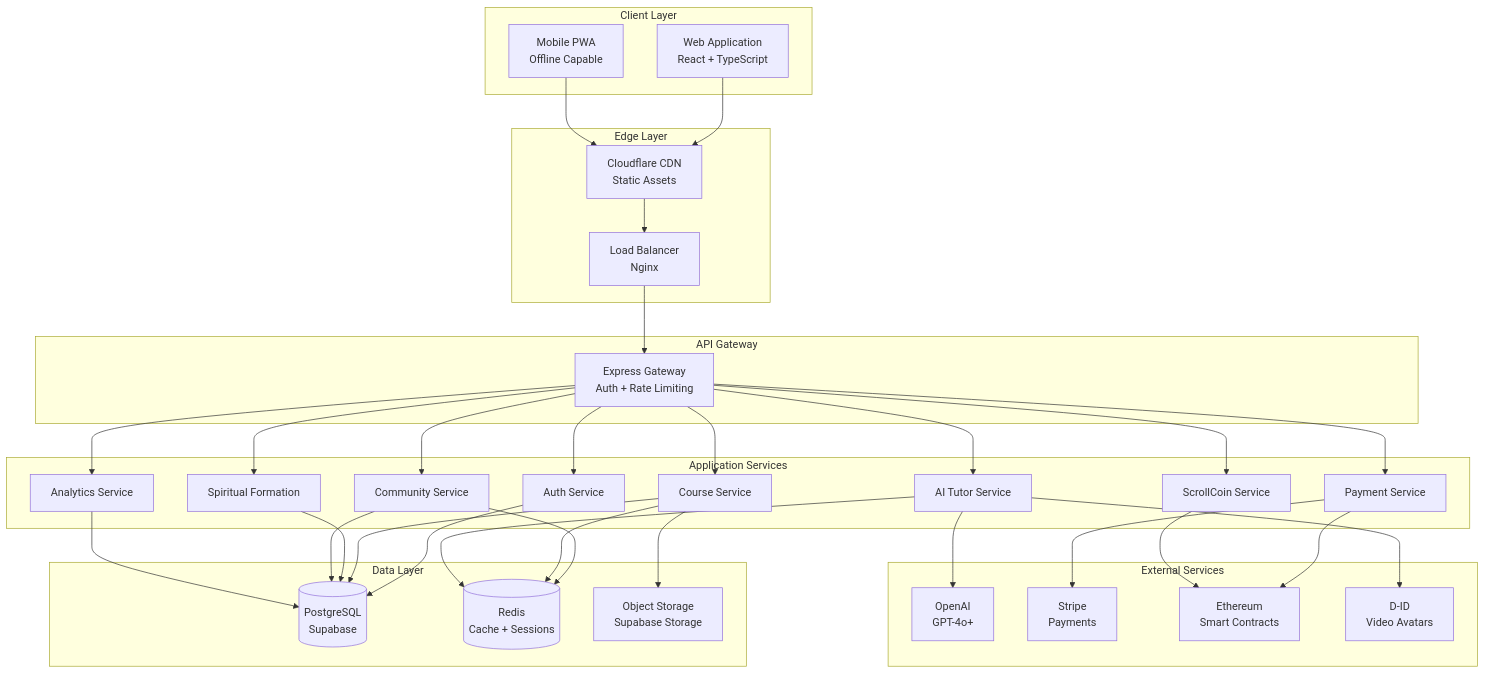
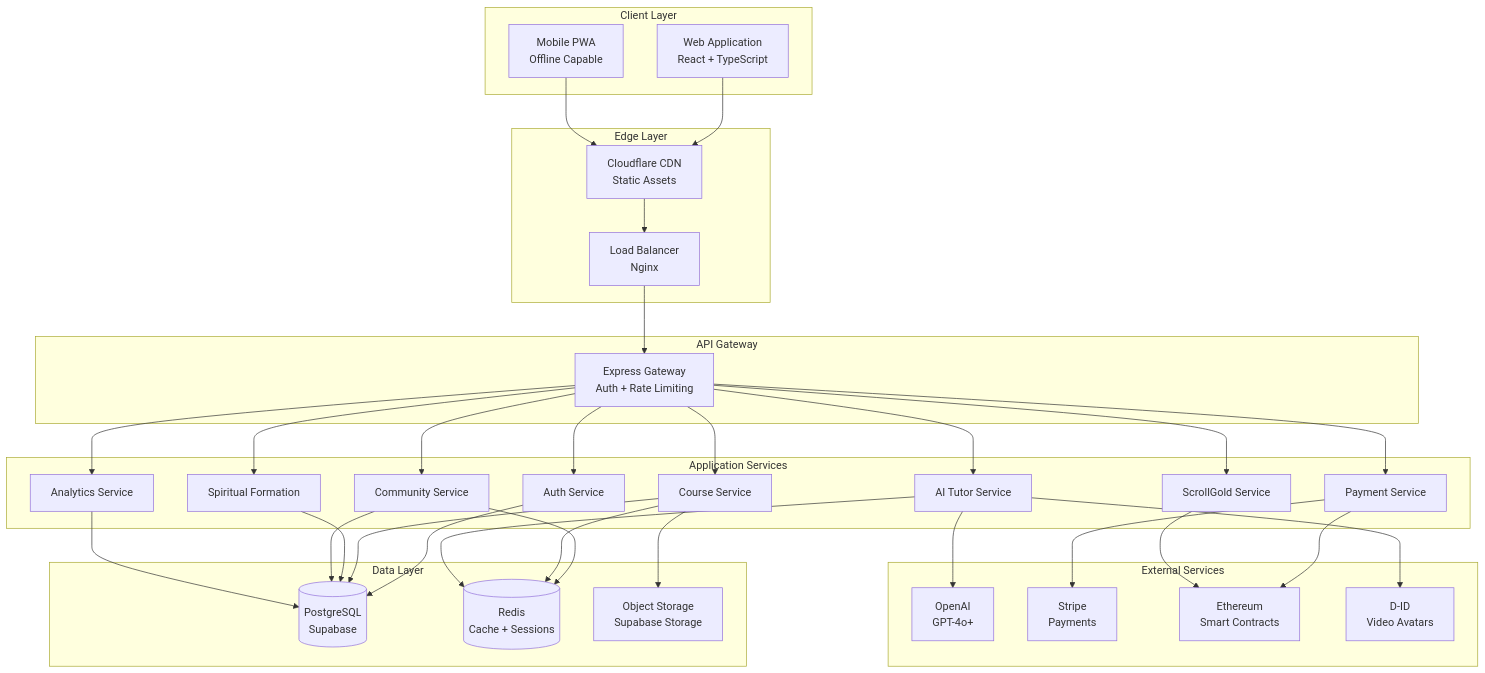
The first of 8 diagrams in docs/ARCHITECTURE.md (stanleymay20/zion-scroll-forge), drawn with Mermaid before and after one commit. The commit also changed other lines of this file and 1853 other files, not shown here.

````diff
--- a/docs/ARCHITECTURE.md
+++ b/docs/ARCHITECTURE.md
@@ -37,70 +37,70 @@
 ```mermaid
 graph TB
     subgraph "Client Layer"
         WEB[Web Application<br/>React + TypeScript]
         MOBILE[Mobile PWA<br/>Offline Capable]
     end
     
     subgraph "Edge Layer"
         CDN[Cloudflare CDN<br/>Static Assets]
         LB[Load Balancer<br/>Nginx]
     end
     
     subgraph "API Gateway"
         GATEWAY[Express Gateway<br/>Auth + Rate Limiting]
     end
     
     subgraph "Application Services"
         AUTH[Auth Service]
         COURSE[Course Service]
         AI[AI Tutor Service]
         PAYMENT[Payment Service]
         SPIRITUAL[Spiritual Formation]
         COMMUNITY[Community Service]
         ANALYTICS[Analytics Service]
-        SCROLLCOIN[ScrollCoin Service]
+        ScrollGold[ScrollGold Service]
     end
     
     subgraph "Data Layer"
         POSTGRES[(PostgreSQL<br/>Supabase)]
         REDIS[(Redis<br/>Cache + Sessions)]
         STORAGE[Object Storage<br/>Supabase Storage]
     end
     
     subgraph "External Services"
         OPENAI[OpenAI<br/>GPT-4o+]
         STRIPE[Stripe<br/>Payments]
         BLOCKCHAIN[Ethereum<br/>Smart Contracts]
         VIDEO[D-ID<br/>Video Avatars]
     end
     
     WEB --> CDN
     MOBILE --> CDN
     CDN --> LB
     LB --> GATEWAY
     
     GATEWAY --> AUTH
     GATEWAY --> COURSE
     GATEWAY --> AI
     GATEWAY --> PAYMENT
     GATEWAY --> SPIRITUAL
     GATEWAY --> COMMUNITY
     GATEWAY --> ANALYTICS
-    GATEWAY --> SCROLLCOIN
+    GATEWAY --> ScrollGold
     
     AUTH --> POSTGRES
     COURSE --> POSTGRES
     COURSE --> STORAGE
     AI --> OPENAI
     AI --> VIDEO
     PAYMENT --> STRIPE
     PAYMENT --> BLOCKCHAIN
     SPIRITUAL --> POSTGRES
     COMMUNITY --> POSTGRES
     COMMUNITY --> REDIS
     ANALYTICS --> POSTGRES
-    SCROLLCOIN --> BLOCKCHAIN
+    ScrollGold --> BLOCKCHAIN
     
     COURSE --> REDIS
     AI --> REDIS
 ```
````
